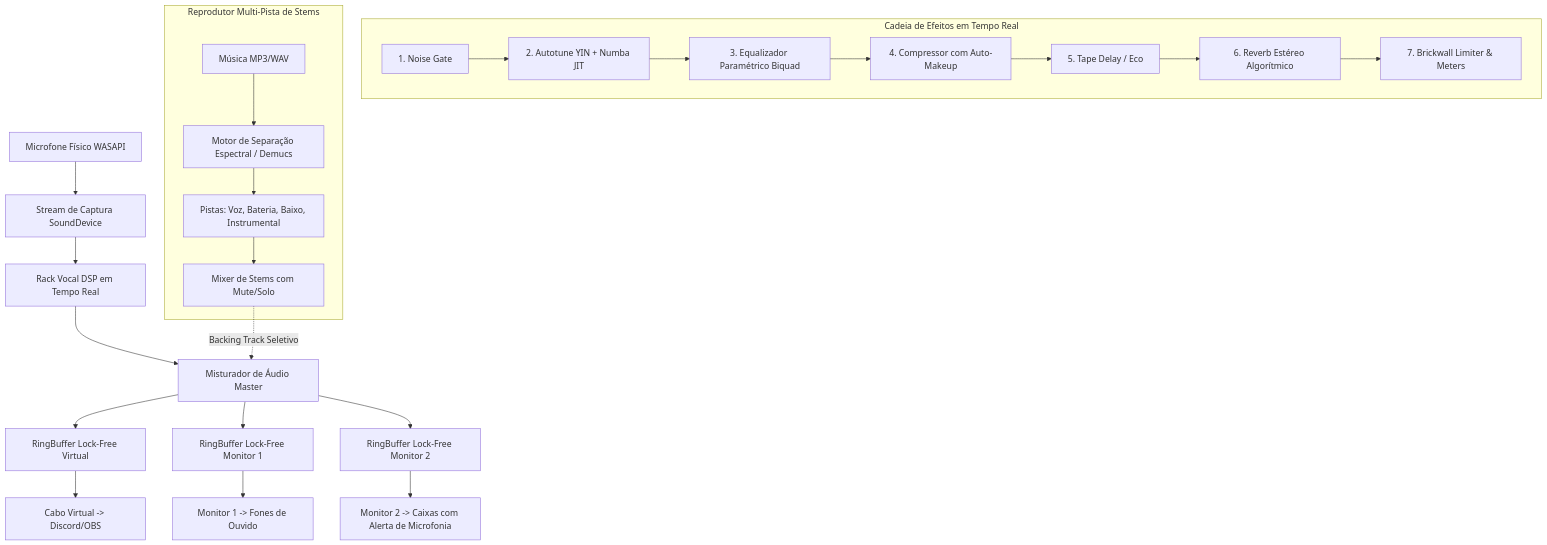
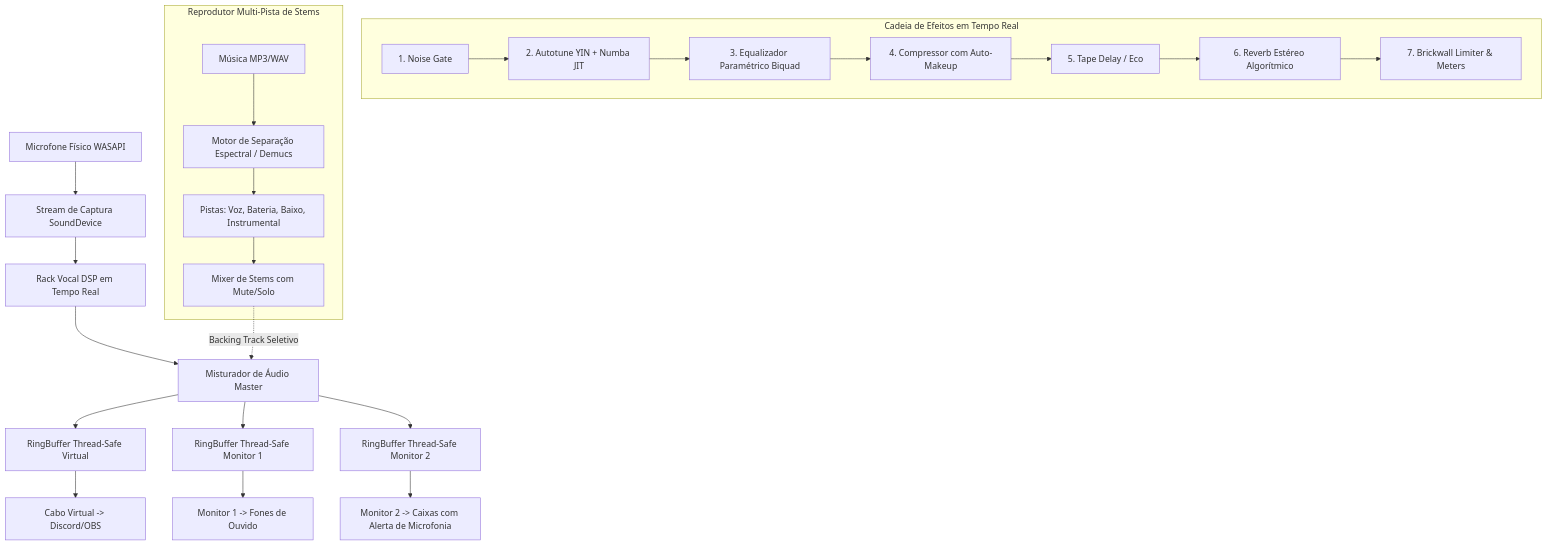
One commit to souusa26/vocalflow-studio changed the diagram in docs/ARQUITETURA.md. Above: the diagram before and after it, drawn with Mermaid. The commit also changed other lines of this file and 34 other files, not shown here.

````diff
--- a/docs/ARQUITETURA.md
+++ b/docs/ARQUITETURA.md
@@ -9,32 +9,32 @@
 ```mermaid
 graph TD
     Mic[Microfone Físico WASAPI] --> InStream[Stream de Captura SoundDevice]
     InStream --> FX[Rack Vocal DSP em Tempo Real]
     
     subgraph DSP["Cadeia de Efeitos em Tempo Real"]
         Gate[1. Noise Gate] --> Tune[2. Autotune YIN + Numba JIT]
         Tune --> EQ[3. Equalizador Paramétrico Biquad]
         EQ --> Comp[4. Compressor com Auto-Makeup]
         Comp --> Delay[5. Tape Delay / Eco]
         Delay --> Rev[6. Reverb Estéreo Algorítmico]
         Rev --> Limiter[7. Brickwall Limiter & Meters]
     end
     
     FX --> Mixer[Misturador de Áudio Master]
     
     subgraph StemPlayer["Reprodutor Multi-Pista de Stems"]
         File[Música MP3/WAV] --> Sep[Motor de Separação Espectral / Demucs]
         Sep --> Tracks[Pistas: Voz, Bateria, Baixo, Instrumental]
         Tracks --> Transport[Mixer de Stems com Mute/Solo]
     end
 
     Transport -.->|Backing Track Seletivo| Mixer
 
-    Mixer --> RB_Virtual[RingBuffer Lock-Free Virtual]
-    Mixer --> RB_Mon1[RingBuffer Lock-Free Monitor 1]
-    Mixer --> RB_Mon2[RingBuffer Lock-Free Monitor 2]
+    Mixer --> RB_Virtual[RingBuffer Thread-Safe Virtual]
+    Mixer --> RB_Mon1[RingBuffer Thread-Safe Monitor 1]
+    Mixer --> RB_Mon2[RingBuffer Thread-Safe Monitor 2]
 
     RB_Virtual --> Out_Virtual[Cabo Virtual -> Discord/OBS]
     RB_Mon1 --> Out_Mon1[Monitor 1 -> Fones de Ouvido]
     RB_Mon2 --> Out_Mon2[Monitor 2 -> Caixas com Alerta de Microfonia]
 ```
````
